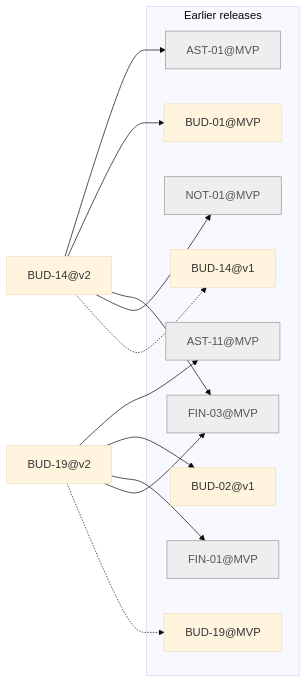
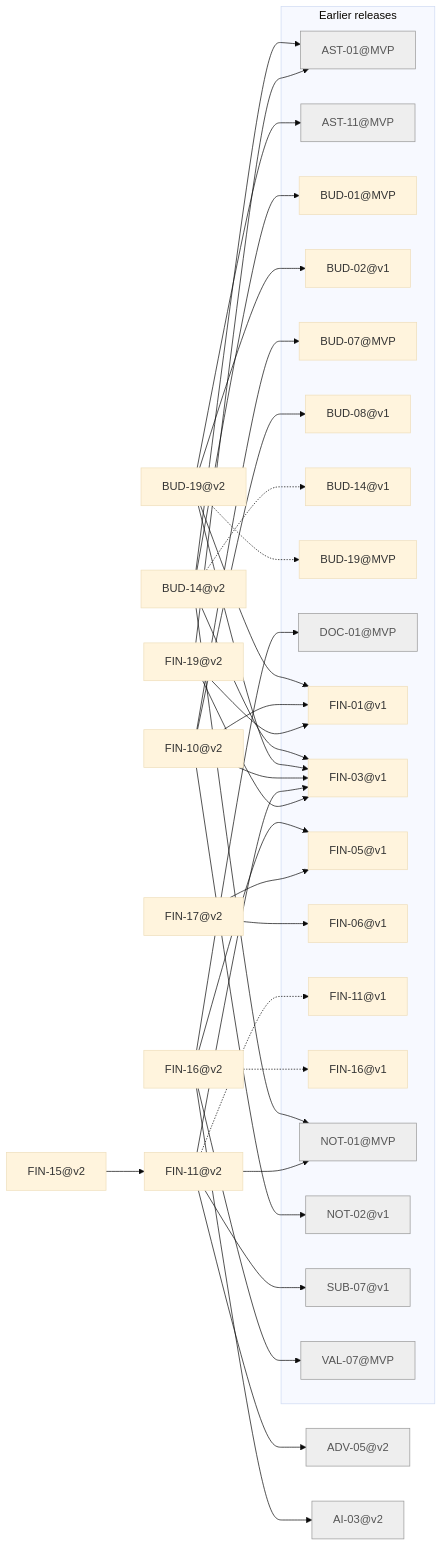
Before and after one commit to minakovval/Willowsum: the diagram in docs/traceability/release-v2.md, drawn with Mermaid (base theme). The commit also changed other lines of this file and 86 other files, not shown here.

````diff
--- a/docs/traceability/release-v2.md
+++ b/docs/traceability/release-v2.md
@@ -18,28 +24,67 @@
 ```mermaid
 flowchart LR
+  ADV_05_v2["ADV-05@v2"]
+  AI_03_v2["AI-03@v2"]
   BUD_14_v2["BUD-14@v2"]
   BUD_19_v2["BUD-19@v2"]
+  FIN_10_v2["FIN-10@v2"]
+  FIN_11_v2["FIN-11@v2"]
+  FIN_15_v2["FIN-15@v2"]
+  FIN_16_v2["FIN-16@v2"]
+  FIN_17_v2["FIN-17@v2"]
+  FIN_19_v2["FIN-19@v2"]
   subgraph earlier["Earlier releases"]
     AST_01_MVP["AST-01@MVP"]
     AST_11_MVP["AST-11@MVP"]
     BUD_01_MVP["BUD-01@MVP"]
     BUD_02_v1["BUD-02@v1"]
+    BUD_07_MVP["BUD-07@MVP"]
+    BUD_08_v1["BUD-08@v1"]
     BUD_14_v1["BUD-14@v1"]
     BUD_19_MVP["BUD-19@MVP"]
-    FIN_01_MVP["FIN-01@MVP"]
-    FIN_03_MVP["FIN-03@MVP"]
+    DOC_01_MVP["DOC-01@MVP"]
+    FIN_01_v1["FIN-01@v1"]
+    FIN_03_v1["FIN-03@v1"]
+    FIN_05_v1["FIN-05@v1"]
+    FIN_06_v1["FIN-06@v1"]
+    FIN_11_v1["FIN-11@v1"]
+    FIN_16_v1["FIN-16@v1"]
     NOT_01_MVP["NOT-01@MVP"]
+    NOT_02_v1["NOT-02@v1"]
+    SUB_07_v1["SUB-07@v1"]
+    VAL_07_MVP["VAL-07@MVP"]
   end
   BUD_14_v2 --> AST_01_MVP
   BUD_14_v2 --> BUD_01_MVP
-  BUD_14_v2 --> FIN_03_MVP
+  BUD_14_v2 --> FIN_03_v1
   BUD_14_v2 --> NOT_01_MVP
   BUD_14_v2 -.-> BUD_14_v1
   BUD_19_v2 --> AST_11_MVP
   BUD_19_v2 --> BUD_02_v1
-  BUD_19_v2 --> FIN_01_MVP
-  BUD_19_v2 --> FIN_03_MVP
+  BUD_19_v2 --> FIN_01_v1
+  BUD_19_v2 --> FIN_03_v1
   BUD_19_v2 -.-> BUD_19_MVP
+  FIN_10_v2 --> BUD_07_MVP
+  FIN_10_v2 --> BUD_08_v1
+  FIN_10_v2 --> FIN_01_v1
+  FIN_10_v2 --> FIN_03_v1
+  FIN_10_v2 --> NOT_02_v1
+  FIN_11_v2 --> ADV_05_v2
+  FIN_11_v2 --> FIN_03_v1
+  FIN_11_v2 --> NOT_01_MVP
+  FIN_11_v2 --> SUB_07_v1
+  FIN_11_v2 -.-> FIN_11_v1
+  FIN_15_v2 --> FIN_11_v2
+  FIN_16_v2 --> AI_03_v2
+  FIN_16_v2 --> DOC_01_MVP
+  FIN_16_v2 --> FIN_05_v1
+  FIN_16_v2 --> VAL_07_MVP
+  FIN_16_v2 -.-> FIN_16_v1
+  FIN_17_v2 --> FIN_05_v1
+  FIN_17_v2 --> FIN_06_v1
+  FIN_19_v2 --> AST_01_MVP
+  FIN_19_v2 --> FIN_01_v1
+  FIN_19_v2 --> FIN_03_v1
   classDef notMigrated fill:#eee,stroke:#999,color:#555
-  class AST_01_MVP,AST_11_MVP,FIN_01_MVP,FIN_03_MVP,NOT_01_MVP notMigrated
+  class ADV_05_v2,AI_03_v2,AST_01_MVP,AST_11_MVP,DOC_01_MVP,NOT_01_MVP,NOT_02_v1,SUB_07_v1,VAL_07_MVP notMigrated
 ```
````
